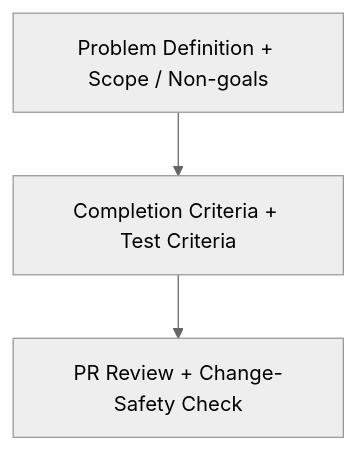
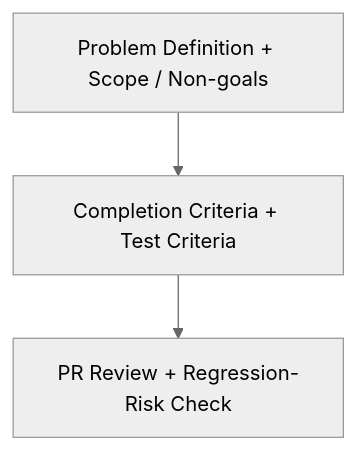
Before and after one commit to zmrdltl/portfolio: the fourth of 4 diagrams in docs/experience/cluml.en.md, drawn with Mermaid (neutral theme). The commit also changed other lines of this file and 9 other files, not shown here.

````diff
--- a/docs/experience/cluml.en.md
+++ b/docs/experience/cluml.en.md
@@ -133,9 +133,9 @@
 ```mermaid
 flowchart TD
   issue["Problem Definition + Scope / Non-goals"]
   criteria["Completion Criteria + Test Criteria"]
-  review["PR Review + Change-Safety Check"]
+  review["PR Review + Regression-Risk Check"]
 
   issue --> criteria
   criteria --> review
 ```
````
